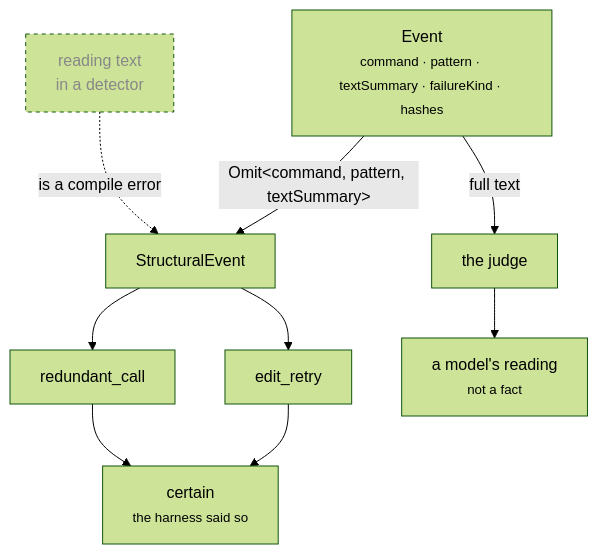
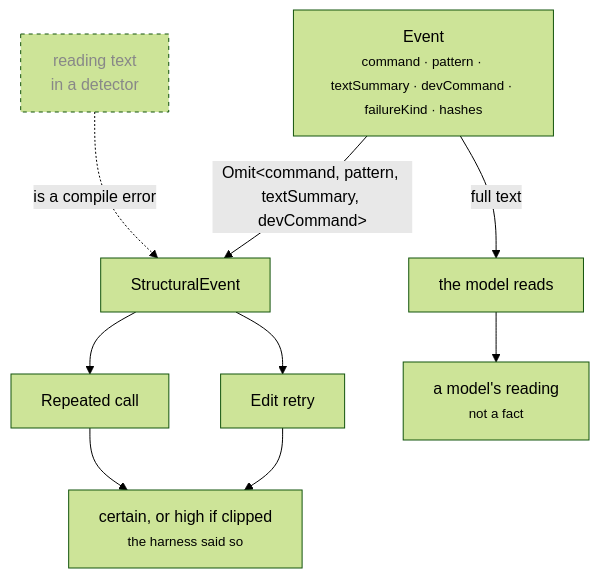
Before and after one commit to vibesenpai/vibesenpai: the diagram in site/src/diagrams/two-tiers.mmd, drawn with Mermaid (forest theme). The commit also changed 56 other files, not shown here.

```diff
--- a/site/src/diagrams/two-tiers.mmd
+++ b/site/src/diagrams/two-tiers.mmd
@@ -1,18 +1,18 @@
 flowchart TD
-  E["Event<br/><small>command · pattern · textSummary · failureKind · hashes</small>"]
+  E["Event<br/><small>command · pattern · textSummary · devCommand · failureKind · hashes</small>"]
 
-  E -- "Omit&lt;command, pattern, textSummary&gt;" --> S["StructuralEvent"]
-  E -- "full text" --> J["the judge"]
+  E -- "Omit&lt;command, pattern, textSummary, devCommand&gt;" --> S["StructuralEvent"]
+  E -- "full text" --> J["the model reads"]
 
-  S --> R1["edit_retry"]
-  S --> R2["redundant_call"]
+  S --> R1["Edit retry"]
+  S --> R2["Repeated call"]
 
-  R1 --> CERT["certain<br/><small>the harness said so</small>"]
+  R1 --> CERT["certain, or high if clipped<br/><small>the harness said so</small>"]
   R2 --> CERT
 
   J --> MOD["a model's reading<br/><small>not a fact</small>"]
 
   X["reading text<br/>in a detector"] -. "is a compile error" .-> S
 
   classDef gone stroke-dasharray:4 4,color:#888
   class X gone
```
